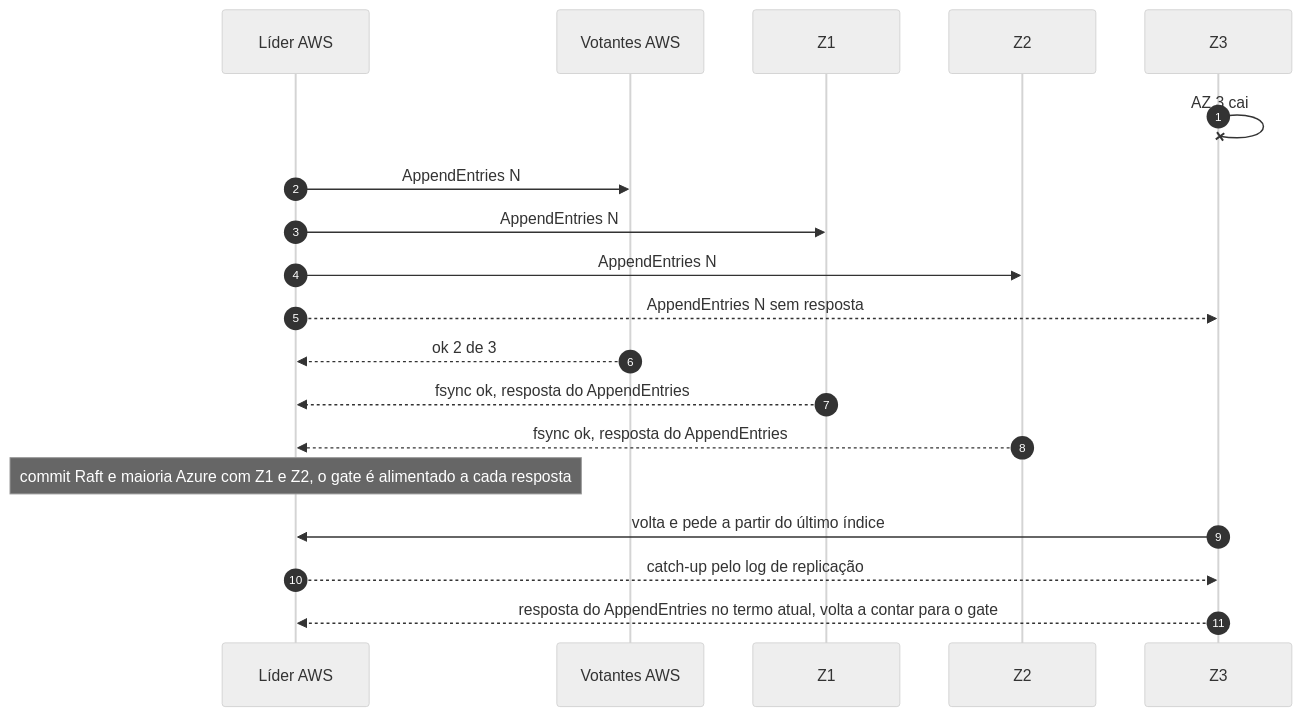
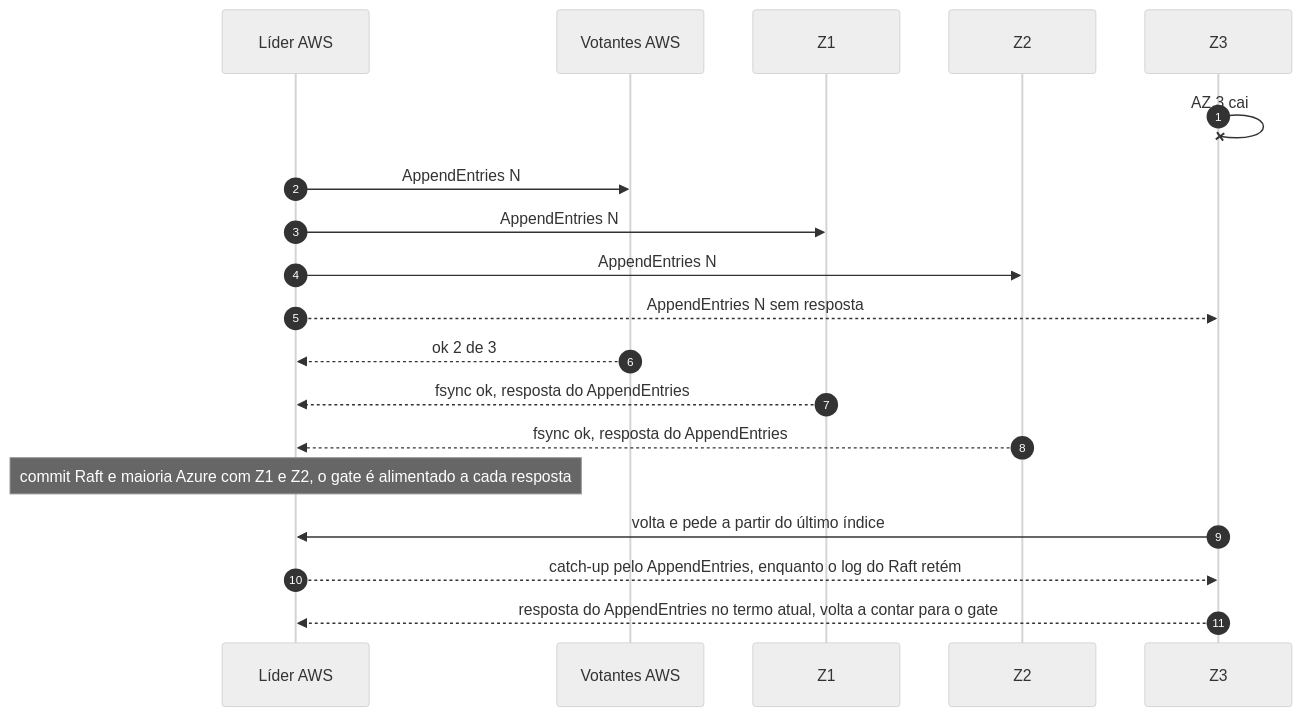
Before and after one commit to brbarmex/k: the diagram in doc/02_cenarios/atualizados/C09-queda-de-az-azure.md, drawn with Mermaid (neutral theme). The commit also changed other lines of this file and 197 other files, not shown here.

First line of the commit message:
Remove o log de replicação (replog) e todas as menções

````diff
--- a/doc/02_cenarios/atualizados/C09-queda-de-az-azure.md
+++ b/doc/02_cenarios/atualizados/C09-queda-de-az-azure.md
@@ -11,21 +11,21 @@
 ```mermaid
 sequenceDiagram
     autonumber
     participant L as Líder AWS
     participant AW as Votantes AWS
     participant Z1 as Z1
     participant Z2 as Z2
     participant Z3 as Z3
     Z3-xZ3: AZ 3 cai
     L->>AW: AppendEntries N
     L->>Z1: AppendEntries N
     L->>Z2: AppendEntries N
     L-->>Z3: AppendEntries N sem resposta
     AW-->>L: ok 2 de 3
     Z1-->>L: fsync ok, resposta do AppendEntries
     Z2-->>L: fsync ok, resposta do AppendEntries
     Note over L: commit Raft e maioria Azure com Z1 e Z2, o gate é alimentado a cada resposta
     Z3->>L: volta e pede a partir do último índice
-    L-->>Z3: catch-up pelo log de replicação
+    L-->>Z3: catch-up pelo AppendEntries, enquanto o log do Raft retém
     Z3-->>L: resposta do AppendEntries no termo atual, volta a contar para o gate
 ```
````
